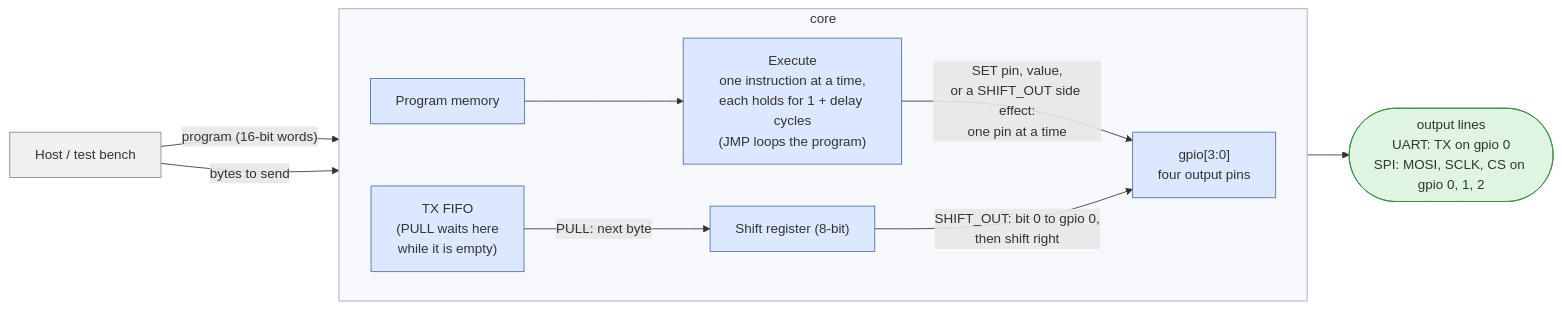
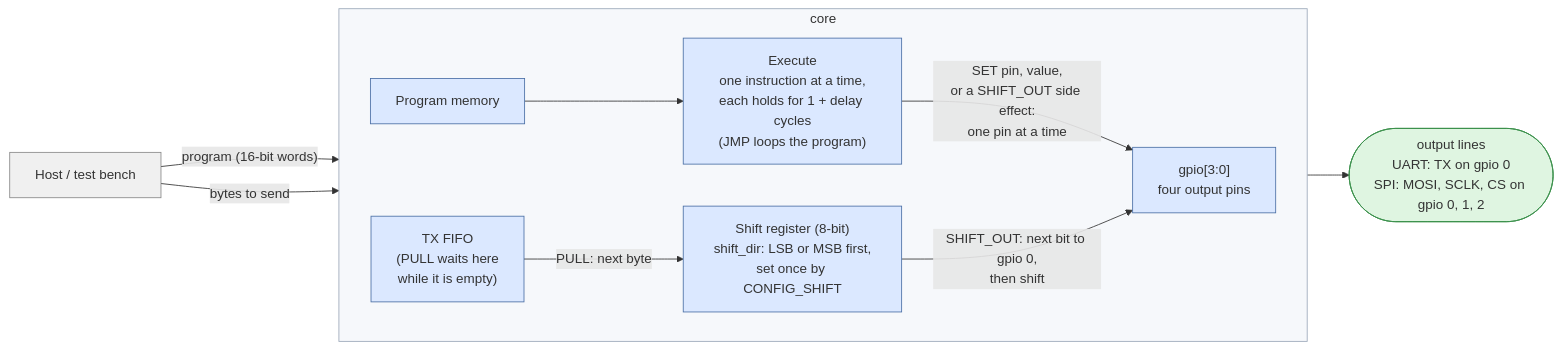
The diagram in docs/overview.mmd (cshieldsce/smallcore), drawn with Mermaid before and after one commit. The commit also changed 9 other files, not shown here.

Commit message:
update diagrams for shift_dir

```diff
--- a/docs/overview.mmd
+++ b/docs/overview.mmd
@@ -1,25 +1,25 @@
 %% High-level view: what goes in, what comes out, and how a byte reaches the pins.
 flowchart LR
   classDef ext fill:#f0f0f0,stroke:#888
   classDef core fill:#dbe8ff,stroke:#4a6fa5
   classDef out fill:#dff5e1,stroke:#3a8f4a
 
   HOST["Host / test bench"]:::ext
   HOST -->|"program (16-bit words)"| IMEM
   HOST -->|"bytes to send"| FIFO
 
   subgraph core["core"]
     direction LR
     IMEM["Program memory"]:::core
     EXEC["Execute<br/>one instruction at a time,<br/>each holds for 1 + delay cycles<br/>(JMP loops the program)"]:::core
     FIFO["TX FIFO<br/>(PULL waits here<br/>while it is empty)"]:::core
-    SR["Shift register (8-bit)"]:::core
+    SR["Shift register (8-bit)<br/>shift_dir: LSB or MSB first,<br/>set once by CONFIG_SHIFT"]:::core
     PIN["gpio[3:0]<br/>four output pins"]:::core
     IMEM --> EXEC
     EXEC -->|"SET pin, value,<br/>or a SHIFT_OUT side effect:<br/>one pin at a time"| PIN
     FIFO -->|"PULL: next byte"| SR
-    SR -->|"SHIFT_OUT: bit 0 to gpio 0,<br/>then shift right"| PIN
+    SR -->|"SHIFT_OUT: next bit to gpio 0,<br/>then shift"| PIN
   end
 
   PIN --> LINE(["output lines<br/>UART: TX on gpio 0<br/>SPI: MOSI, SCLK, CS on gpio 0, 1, 2"]):::out
   style core fill:#f6f8fb,stroke:#9aa7b8
```
